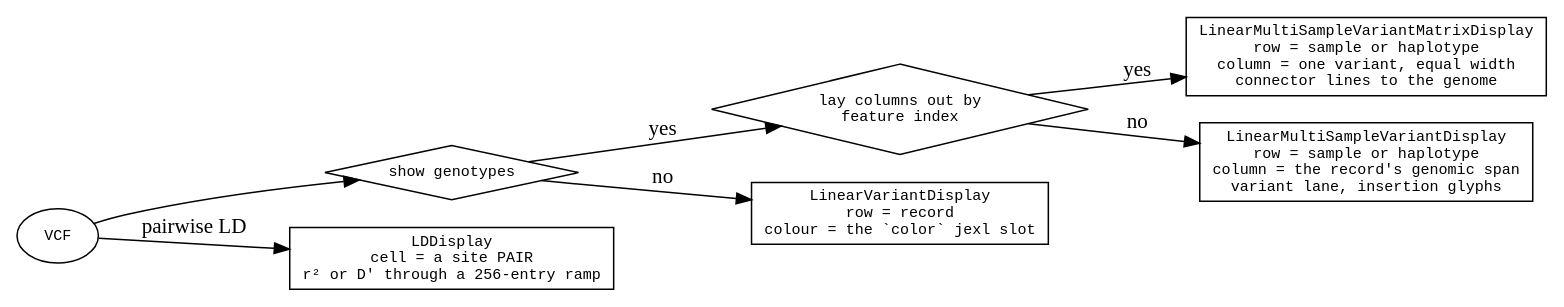
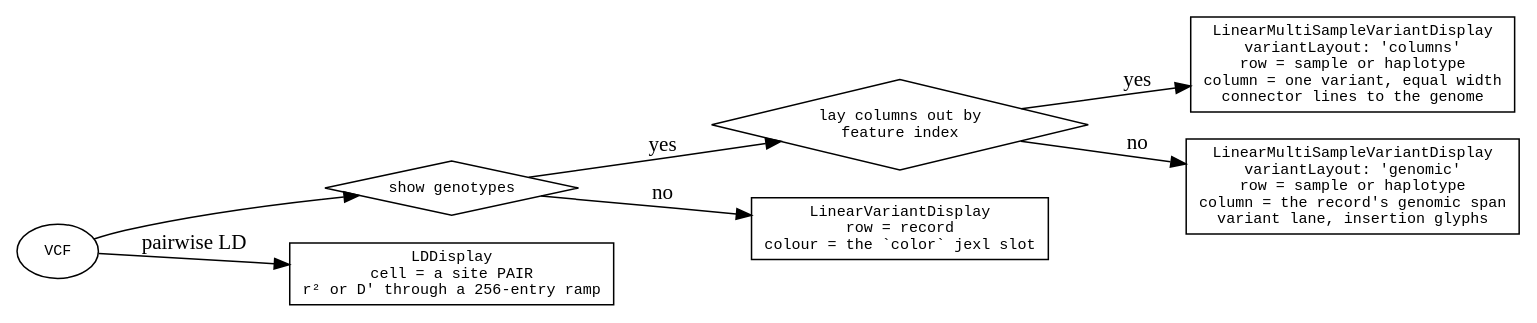
Before and after one commit to GMOD/jbrowse-components: the diagram in agent-docs/mechanisms/diagrams/variants-displays.dot, drawn with Graphviz. The commit also changed 133 other files, not shown here.

```diff
--- a/agent-docs/mechanisms/diagrams/variants-displays.dot
+++ b/agent-docs/mechanisms/diagrams/variants-displays.dot
@@ -1,23 +1,23 @@
 digraph variant_displays {
   rankdir=LR
   node [shape=box fontname=monospace fontsize=10]
   { node [shape=diamond] genotypes; pattern }
 
   vcf [label="VCF", shape=oval]
   vcf -> genotypes
   genotypes [label="show genotypes"]
   genotypes -> single  [label=" no"]
   genotypes -> pattern [label=" yes"]
 
   single [label="LinearVariantDisplay\nrow = record\ncolour = the `color` jexl slot"]
 
   pattern [label="lay columns out by\nfeature index"]
   pattern -> matrix  [label=" yes"]
   pattern -> regular [label=" no"]
 
-  regular [label="LinearMultiSampleVariantDisplay\nrow = sample or haplotype\ncolumn = the record's genomic span\nvariant lane, insertion glyphs"]
-  matrix  [label="LinearMultiSampleVariantMatrixDisplay\nrow = sample or haplotype\ncolumn = one variant, equal width\nconnector lines to the genome"]
+  regular [label="LinearMultiSampleVariantDisplay\nvariantLayout: 'genomic'\nrow = sample or haplotype\ncolumn = the record's genomic span\nvariant lane, insertion glyphs"]
+  matrix  [label="LinearMultiSampleVariantDisplay\nvariantLayout: 'columns'\nrow = sample or haplotype\ncolumn = one variant, equal width\nconnector lines to the genome"]
 
   ld [label="LDDisplay\ncell = a site PAIR\nr² or D' through a 256-entry ramp"]
   vcf -> ld [label=" pairwise LD"]
 }
```
